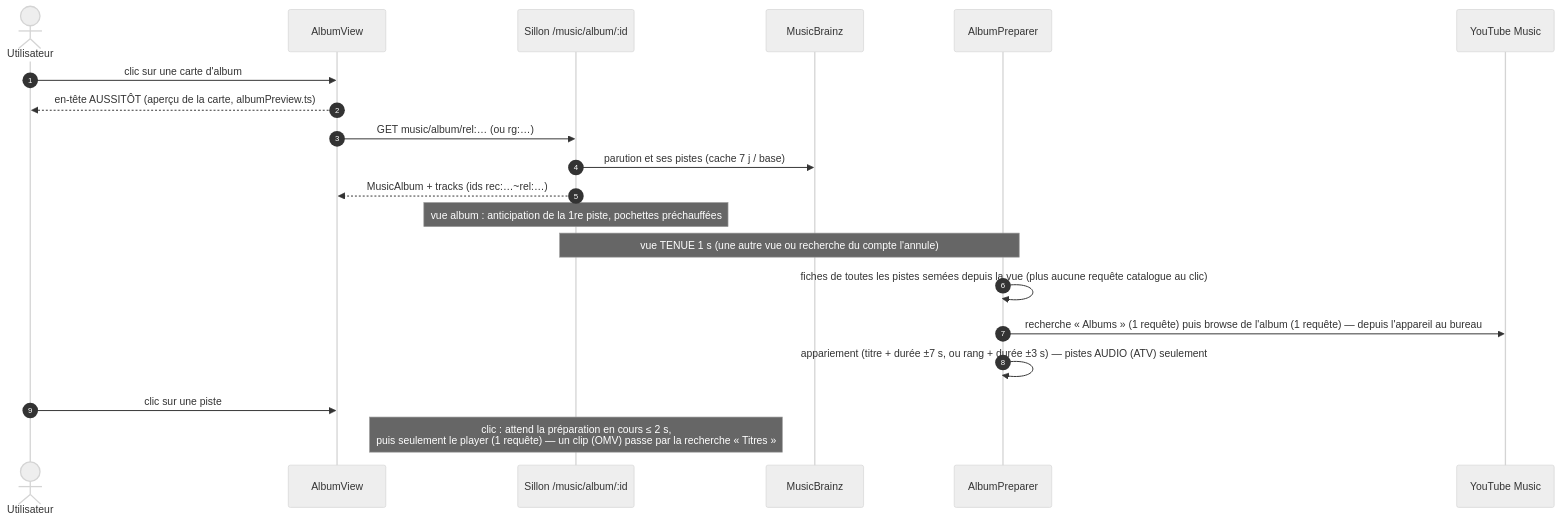
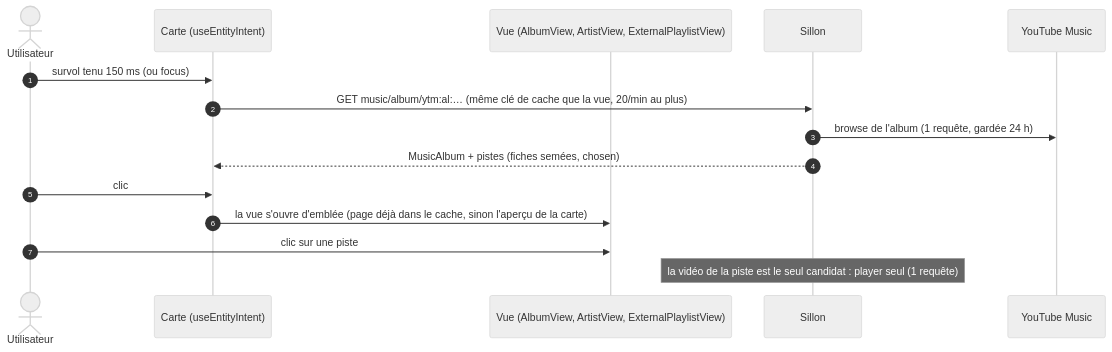
One commit to Knaox/Tentacle-TV changed the sixth of 8 diagrams in docs/octave/CARTOGRAPHIE.md. Above: the diagram before and after it, drawn with Mermaid (neutral theme). The commit also changed other lines of this file, not shown here.

Commit message:
docs(octave) : cartographie de l'intégration finale — catalogue YouTube Music, préchauffage, bureau délégué, titre choisi, radio, décisions et restes

````diff
--- a/docs/octave/CARTOGRAPHIE.md
+++ b/docs/octave/CARTOGRAPHIE.md
@@ -496,22 +544,17 @@
 ```mermaid
 sequenceDiagram
   autonumber
   actor U as Utilisateur
-  participant V as AlbumView
-  participant S as Sillon /music/album/:id
-  participant MB as MusicBrainz
-  participant AP as AlbumPreparer
+  participant C as Carte (useEntityIntent)
+  participant V as Vue (AlbumView, ArtistView, ExternalPlaylistView)
+  participant S as Sillon
   participant YT as YouTube Music
-  U->>V: clic sur une carte d'album
-  V-->>U: en-tête AUSSITÔT (aperçu de la carte, albumPreview.ts)
-  V->>S: GET music/album/rel:… (ou rg:…)
-  S->>MB: parution et ses pistes (cache 7 j / base)
-  S-->>V: MusicAlbum + tracks (ids rec:…~rel:…)
-  Note over S: vue album : anticipation de la 1re piste, pochettes préchauffées
-  Note over S,AP: vue TENUE 1 s (une autre vue ou recherche du compte l'annule)
-  AP->>AP: fiches de toutes les pistes semées depuis la vue (plus aucune requête catalogue au clic)
-  AP->>YT: recherche « Albums » (1 requête) puis browse de l'album (1 requête) — depuis l'appareil au bureau
-  AP->>AP: appariement (titre + durée ±7 s, ou rang + durée ±3 s) — pistes AUDIO (ATV) seulement
+  U->>C: survol tenu 150 ms (ou focus)
+  C->>S: GET music/album/ytm:al:… (même clé de cache que la vue, 20/min au plus)
+  S->>YT: browse de l'album (1 requête, gardée 24 h)
+  S-->>C: MusicAlbum + pistes (fiches semées, chosen)
+  U->>C: clic
+  C->>V: la vue s'ouvre d'emblée (page déjà dans le cache, sinon l'aperçu de la carte)
   U->>V: clic sur une piste
-  Note over S: clic : attend la préparation en cours ≤ 2 s,<br/>puis seulement le player (1 requête) — un clip (OMV) passe par la recherche « Titres »
+  Note over S: la vidéo de la piste est le seul candidat : player seul (1 requête)
 ```
````
